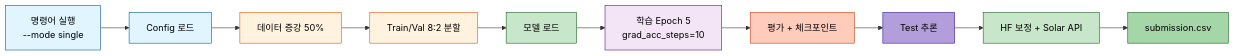
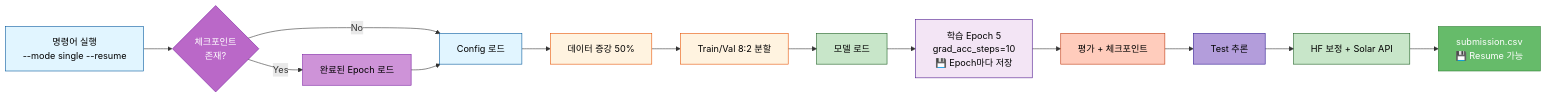
Before and after one commit to AIBootcamp14/naturallanguageprocessingcompetition-nlp-1: the fifth of 6 diagrams in docs/모듈화/04_02_KoBART_단일모델_최강_성능_전략.md, drawn with Mermaid. The commit also changed other lines of this file, not shown here.

````diff
--- a/docs/모듈화/04_02_KoBART_단일모델_최강_성능_전략.md
+++ b/docs/모듈화/04_02_KoBART_단일모델_최강_성능_전략.md
@@ -640,23 +671,28 @@
 ```mermaid
 graph LR
-    A[명령어 실행<br/>--mode single] --> B[Config 로드]
+    A[명령어 실행<br/>--mode single --resume] --> CP1{체크포인트<br/>존재?}
+    CP1 -->|Yes| CP2[완료된 Epoch 로드]
+    CP1 -->|No| B[Config 로드]
+    CP2 --> B
     B --> C[데이터 증강 50%]
     C --> D[Train/Val 8:2 분할]
     D --> E[모델 로드]
-    E --> F[학습 Epoch 5<br/>grad_acc_steps=10]
+    E --> F[학습 Epoch 5<br/>grad_acc_steps=10<br/>💾 Epoch마다 저장]
     F --> G[평가 + 체크포인트]
     G --> H[Test 추론]
     H --> I[HF 보정 + Solar API]
-    I --> J[submission.csv]
+    I --> J[submission.csv<br/>💾 Resume 가능]
 
     style A fill:#e1f5ff,stroke:#01579b,color:#000
+    style CP1 fill:#ba68c8,stroke:#7b1fa2,color:#fff
+    style CP2 fill:#ce93d8,stroke:#7b1fa2,color:#000
     style B fill:#e1f5ff,stroke:#01579b,color:#000
     style C fill:#fff3e0,stroke:#e65100,color:#000
     style D fill:#fff3e0,stroke:#e65100,color:#000
     style E fill:#c8e6c9,stroke:#1b5e20,color:#000
     style F fill:#f3e5f5,stroke:#4a148c,color:#000
     style G fill:#ffccbc,stroke:#bf360c,color:#000
     style H fill:#b39ddb,stroke:#311b92,color:#000
     style I fill:#c8e6c9,stroke:#1b5e20,color:#000
-    style J fill:#a5d6a7,stroke:#1b5e20,color:#000
+    style J fill:#66bb6a,stroke:#2e7d32,color:#fff
 ```
````
